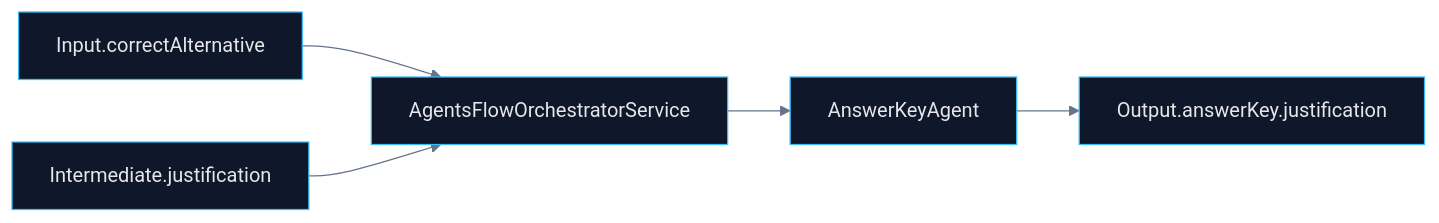
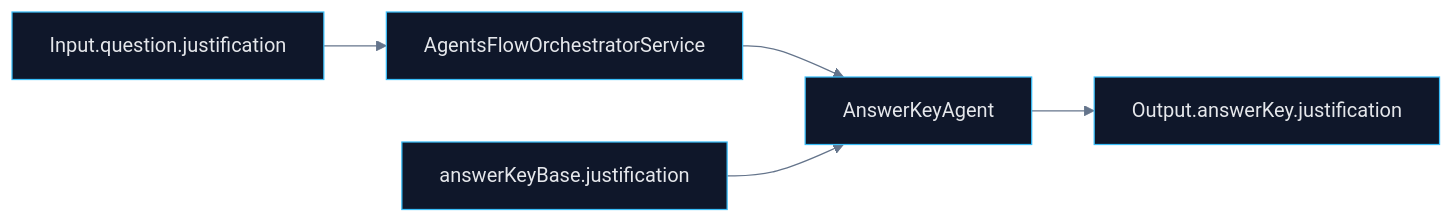
The diagram in PR 78 — Fase 2: Consolidação Funcional da Justificativa do Answer Key.md (matheusdiamantino-betalent/questions-ai), drawn with Mermaid before and after one commit. The commit also changed other lines of this file, not shown here.

Commit message:
Update PR 78 — Fase 2: Consolidação Funcional da Justificativa do Answer Key.md

````diff
--- a/PR 78 — Fase 2: Consolidação Funcional da Justificativa do Answer Key.md
+++ b/PR 78 — Fase 2: Consolidação Funcional da Justificativa do Answer Key.md
@@ -85,19 +85,19 @@
 ```mermaid
 %%{init: {
   "theme": "base",
   "themeVariables": {
     "primaryColor": "#0f172a",
     "primaryTextColor": "#e5e7eb",
     "primaryBorderColor": "#38bdf8",
     "lineColor": "#64748b",
     "secondaryColor": "#111827",
     "tertiaryColor": "#1e293b",
     "background": "#020617"
   }
 }}%%
 flowchart LR
-    A[Input.correctAlternative] --> B[AgentsFlowOrchestratorService]
-    C[Intermediate.justification] --> B
-    B --> D[AnswerKeyAgent]
-    D --> E[Output.answerKey.justification]
+    A[Input.question.justification] --> B[AgentsFlowOrchestratorService]
+    B --> C[AnswerKeyAgent]
+    D[answerKeyBase.justification] --> C
+    C --> E[Output.answerKey.justification]
 ```
````
